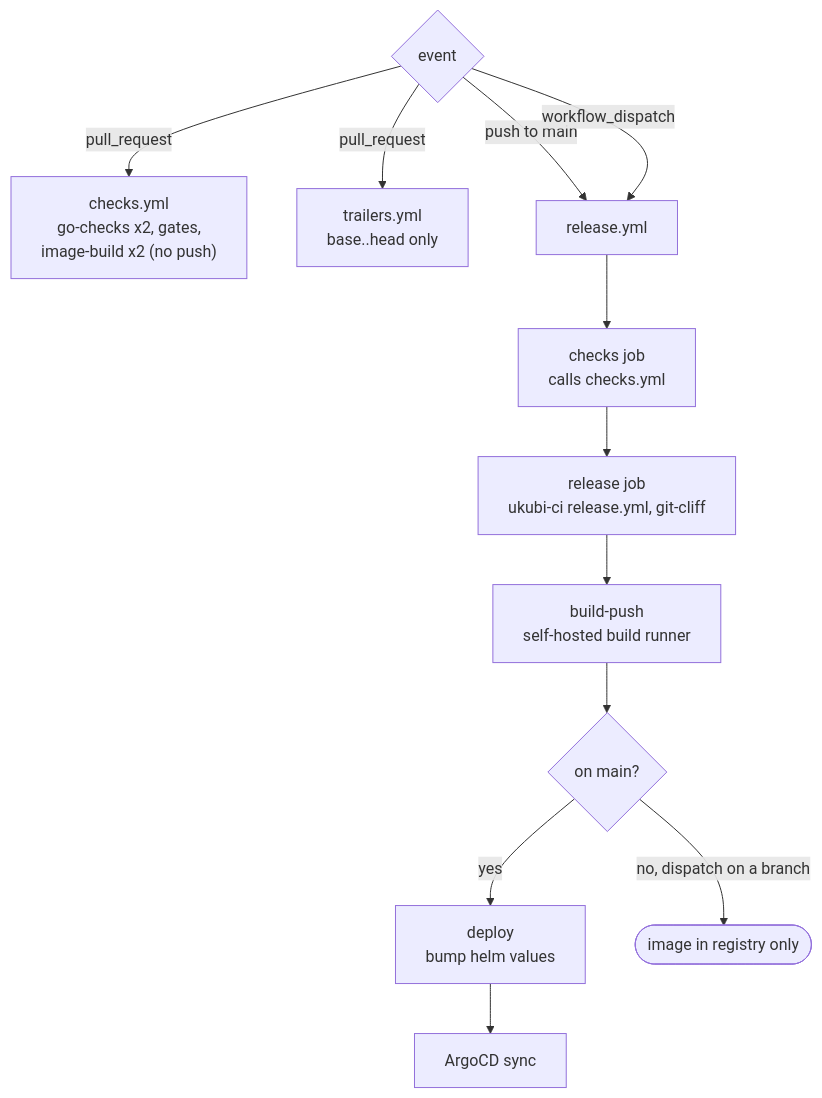
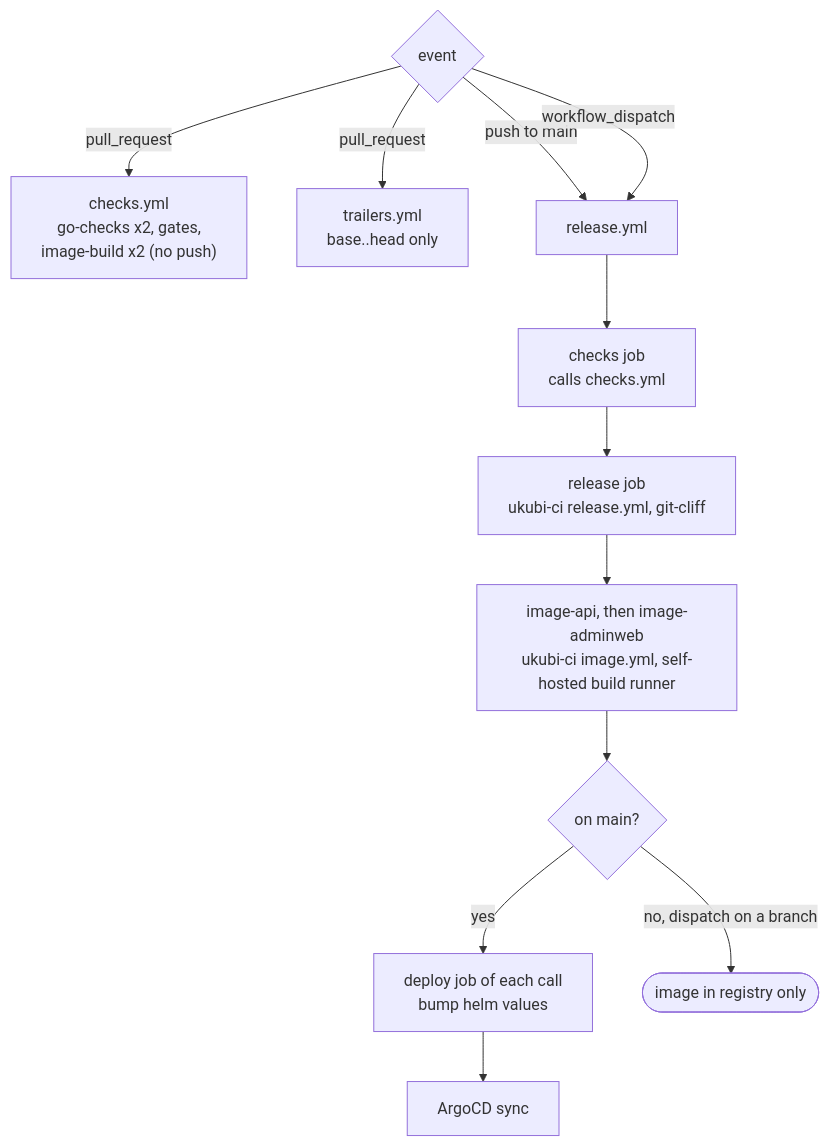
Before and after one commit to MohammadBnei/wird: the third of 4 diagrams in docs/architecture/deploy.md, drawn with Mermaid. The commit also changed other lines of this file and 2 other files, not shown here.

Commit message:
ci: document non-atomic deploy, reuse base image for adminweb, update deploy docs

````diff
--- a/docs/architecture/deploy.md
+++ b/docs/architecture/deploy.md
@@ -58,25 +58,25 @@
 ```mermaid
 flowchart TD
   ev{"event"}
   pr["checks.yml<br/>go-checks x2, gates,<br/>image-build x2 (no push)"]
   tr["trailers.yml<br/>base..head only"]
   rel["release.yml"]
   checks["checks job<br/>calls checks.yml"]
   release["release job<br/>ukubi-ci release.yml, git-cliff"]
-  build["build-push<br/>self-hosted build runner"]
+  build["image-api, then image-adminweb<br/>ukubi-ci image.yml, self-hosted build runner"]
   push{"on main?"}
-  deploy["deploy<br/>bump helm values"]
+  deploy["deploy job of each call<br/>bump helm values"]
   argo["ArgoCD sync"]
   done(["image in registry only"])
   ev -->|pull_request| pr
   ev -->|pull_request| tr
   ev -->|push to main| rel
   ev -->|workflow_dispatch| rel
   rel --> checks
   checks --> release
   release --> build
   build --> push
   push -->|"no, dispatch on a branch"| done
   push -->|yes| deploy
   deploy --> argo
 ```
````
